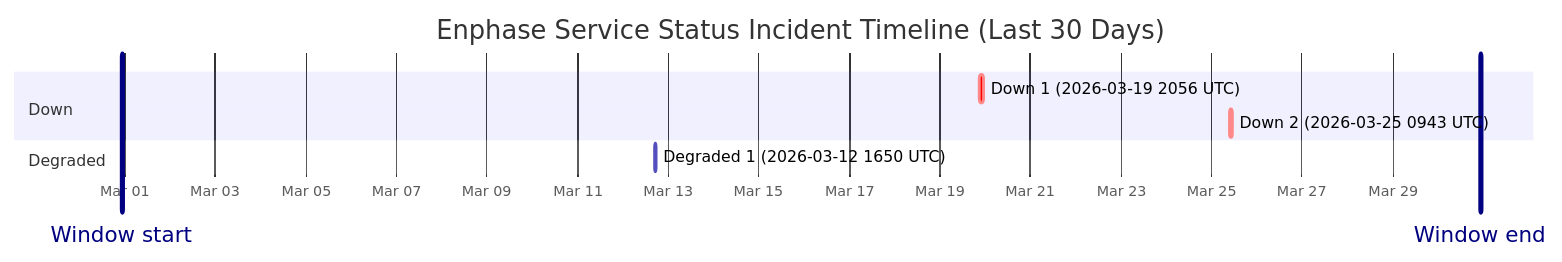
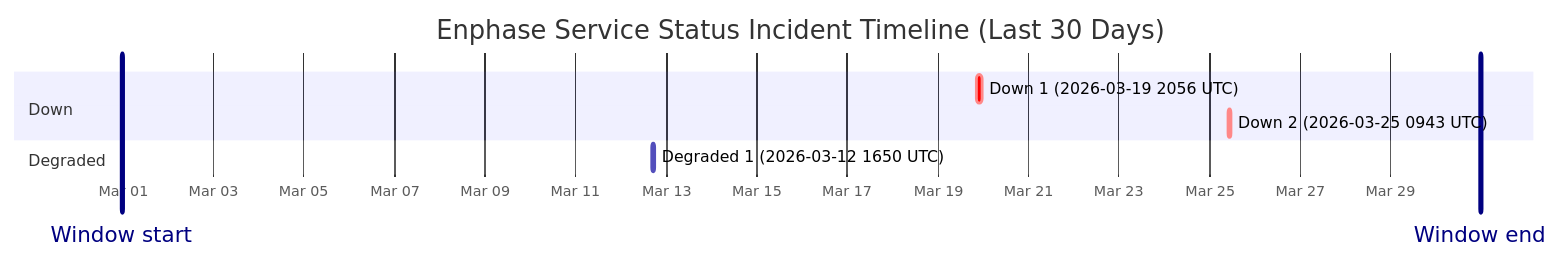
Before and after one commit to barneyonline/ha-enphase-ev-charger: the diagram in wiki/Service-Status-History.md, drawn with Mermaid. The commit also changed other lines of this file and 3 other files, not shown here.

````diff
--- a/wiki/Service-Status-History.md
+++ b/wiki/Service-Status-History.md
@@ -14,13 +14,13 @@
 ```mermaid
 gantt
     title Enphase Service Status Incident Timeline (Last 30 Days)
     dateFormat  YYYY-MM-DDTHH:mm:ss
     axisFormat  %b %d
-    Window start :vert, window-start, 2026-02-28T22:25:38, 0ms
-    Window end :vert, window-end, 2026-03-30T22:25:38, 0ms
+    Window start :vert, window-start, 2026-02-28T23:27:18, 0ms
+    Window end :vert, window-end, 2026-03-30T23:27:18, 0ms
     section Down
     Down 1 (2026-03-19 2056 UTC) :crit, down-1, 2026-03-19T20:56:20, 145m
     Down 2 (2026-03-25 0943 UTC) :crit, down-2, 2026-03-25T09:43:28, 111m
     section Degraded
     Degraded 1 (2026-03-12 1650 UTC) :active, degraded-1, 2026-03-12T16:50:43, 60m
 ```
````
